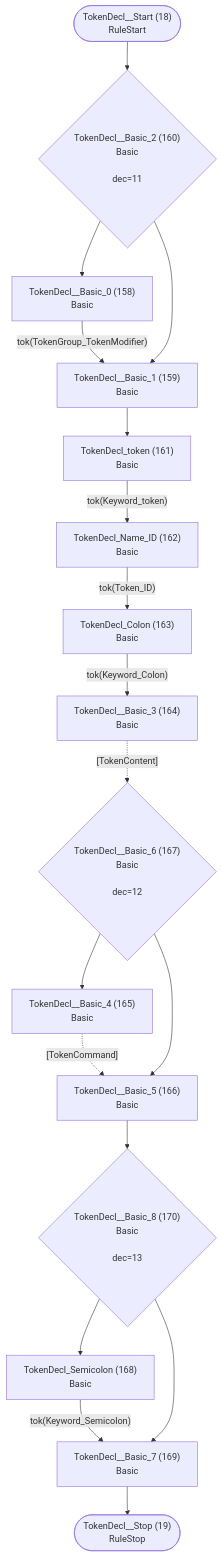
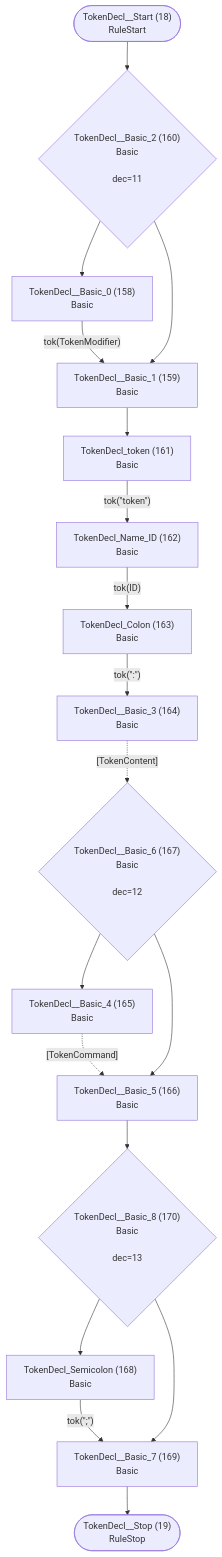
Before and after one commit to TypeFox/fastbelt: the tenth of 37 diagrams in internal/grammar/atn.md, drawn with Mermaid. The commit also changed other lines of this file and 3 other files, not shown here.

````diff
--- a/internal/grammar/atn.md
+++ b/internal/grammar/atn.md
@@ -281,36 +281,36 @@
 ```mermaid
 flowchart TD
     q18(["TokenDecl__Start (18)<br/>RuleStart"])
     q19(["TokenDecl__Stop (19)<br/>RuleStop"])
     q158["TokenDecl__Basic_0 (158)<br/>Basic<br/>"]
     q159["TokenDecl__Basic_1 (159)<br/>Basic<br/>"]
     q160{"TokenDecl__Basic_2 (160)<br/>Basic<br/><br/>dec=11"}
     q161["TokenDecl_token (161)<br/>Basic<br/>"]
     q162["TokenDecl_Name_ID (162)<br/>Basic<br/>"]
     q163["TokenDecl_Colon (163)<br/>Basic<br/>"]
     q164["TokenDecl__Basic_3 (164)<br/>Basic<br/>"]
     q165["TokenDecl__Basic_4 (165)<br/>Basic<br/>"]
     q166["TokenDecl__Basic_5 (166)<br/>Basic<br/>"]
     q167{"TokenDecl__Basic_6 (167)<br/>Basic<br/><br/>dec=12"}
     q168["TokenDecl_Semicolon (168)<br/>Basic<br/>"]
     q169["TokenDecl__Basic_7 (169)<br/>Basic<br/>"]
     q170{"TokenDecl__Basic_8 (170)<br/>Basic<br/><br/>dec=13"}
 
     q18 --> q160
-    q158 -->|"tok(TokenGroup_TokenModifier)"| q159
+    q158 -->|"tok(TokenModifier)"| q159
     q159 --> q161
     q160 --> q158
     q160 --> q159
-    q161 -->|"tok(Keyword_token)"| q162
-    q162 -->|"tok(Token_ID)"| q163
-    q163 -->|"tok(Keyword_Colon)"| q164
+    q161 -->|"tok(&quot;token&quot;)"| q162
+    q162 -->|"tok(ID)"| q163
+    q163 -->|"tok(&quot;:&quot;)"| q164
     q164 -.->|"[TokenContent]"| q167
     q165 -.->|"[TokenCommand]"| q166
     q166 --> q170
     q167 --> q165
     q167 --> q166
-    q168 -->|"tok(Keyword_Semicolon)"| q169
+    q168 -->|"tok(&quot;;&quot;)"| q169
     q169 --> q19
     q170 --> q168
     q170 --> q169
 ```
````
